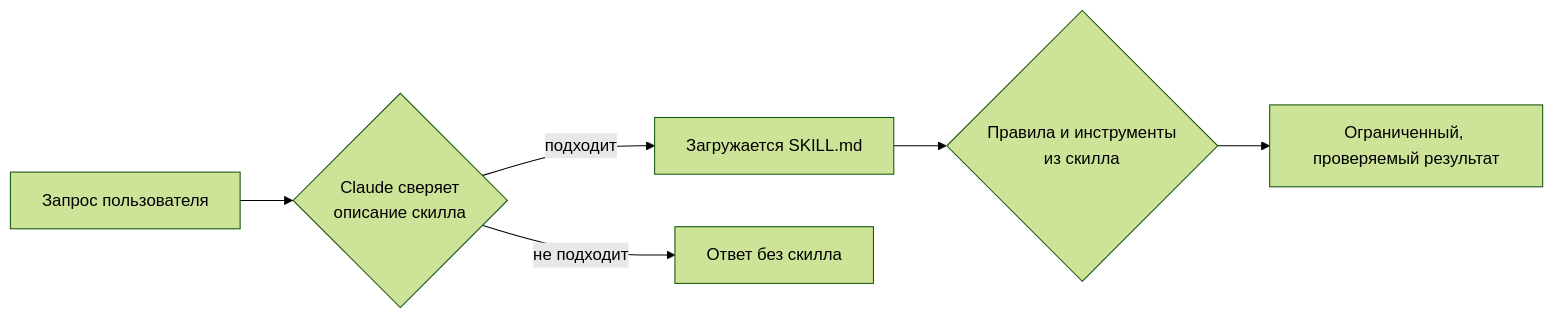
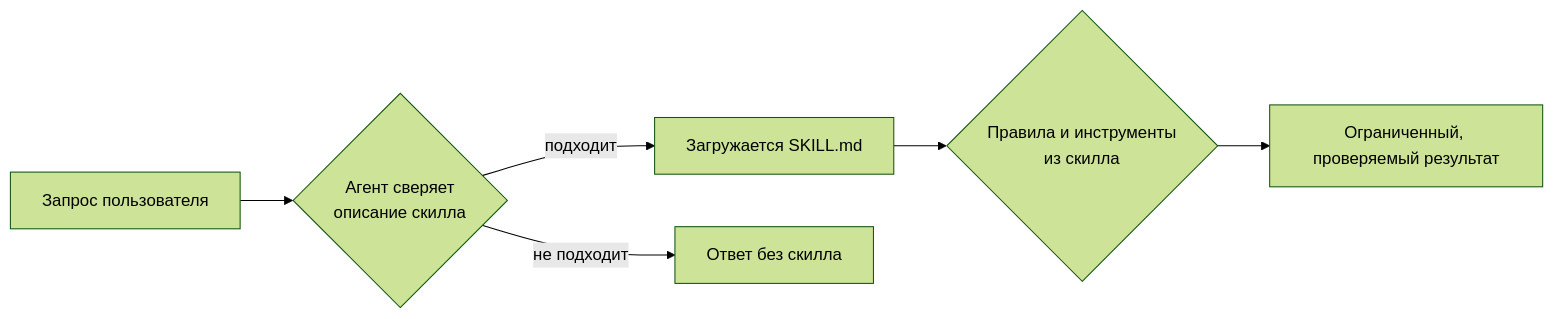
The diagram in README.ru.md (InExSu/claude-skills), drawn with Mermaid (forest theme) before and after one commit. The commit also changed other lines of this file and 5 other files, not shown here.

````diff
--- a/README.ru.md
+++ b/README.ru.md
@@ -32,8 +32,8 @@
 ```mermaid
 flowchart LR
-    A[Запрос пользователя] --> B{Claude сверяет<br/>описание скилла}
+    A[Запрос пользователя] --> B{Агент сверяет<br/>описание скилла}
     B -->|подходит| C[Загружается SKILL.md]
     B -->|не подходит| D[Ответ без скилла]
     C --> E{Правила и инструменты<br/>из скилла}
     E --> F[Ограниченный, проверяемый результат]
 ```
````
